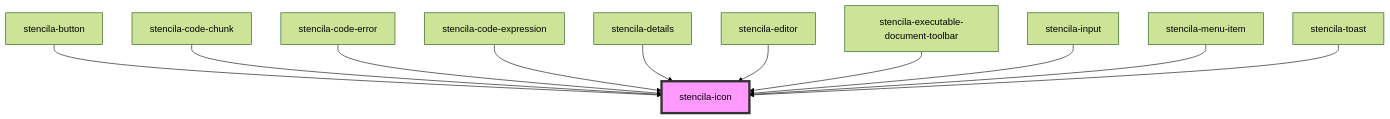
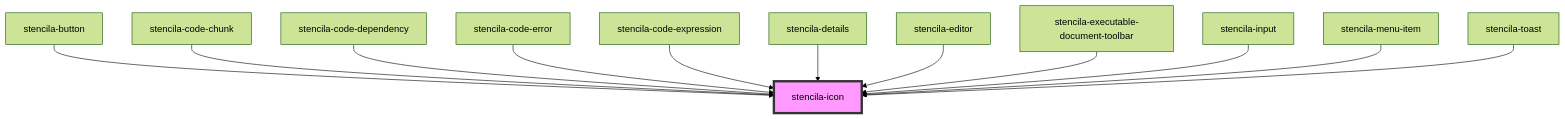
Before and after one commit to stencila/designa: the diagram in packages/components/src/components/icon/readme.md, drawn with Mermaid (forest theme). The commit also changed other lines of this file and 19 other files, not shown here.

Commit message:
feat(Code): Expose code dependency list in UI

````diff
--- a/packages/components/src/components/icon/readme.md
+++ b/packages/components/src/components/icon/readme.md
@@ -31,14 +32,15 @@
 ```mermaid
 graph TD;
   stencila-button --> stencila-icon
   stencila-code-chunk --> stencila-icon
+  stencila-code-dependency --> stencila-icon
   stencila-code-error --> stencila-icon
   stencila-code-expression --> stencila-icon
   stencila-details --> stencila-icon
   stencila-editor --> stencila-icon
   stencila-executable-document-toolbar --> stencila-icon
   stencila-input --> stencila-icon
   stencila-menu-item --> stencila-icon
   stencila-toast --> stencila-icon
   style stencila-icon fill:#f9f,stroke:#333,stroke-width:4px
 ```
````
